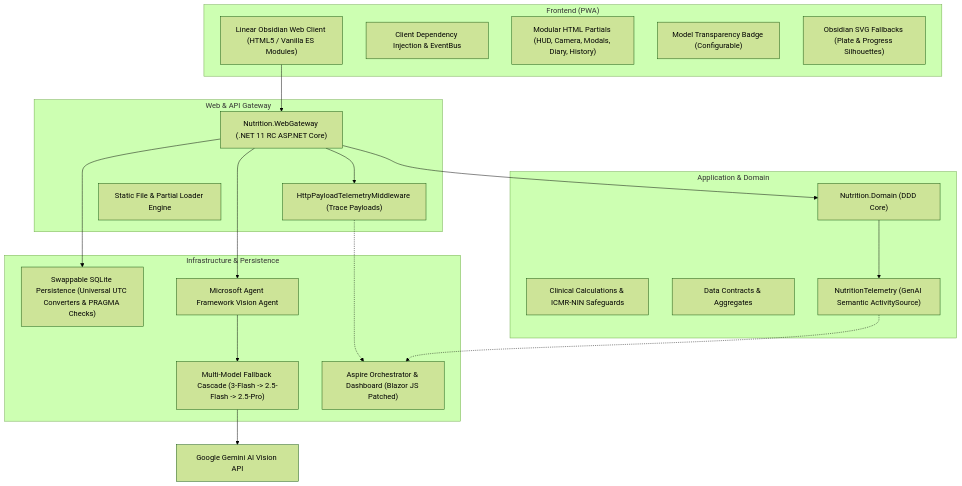
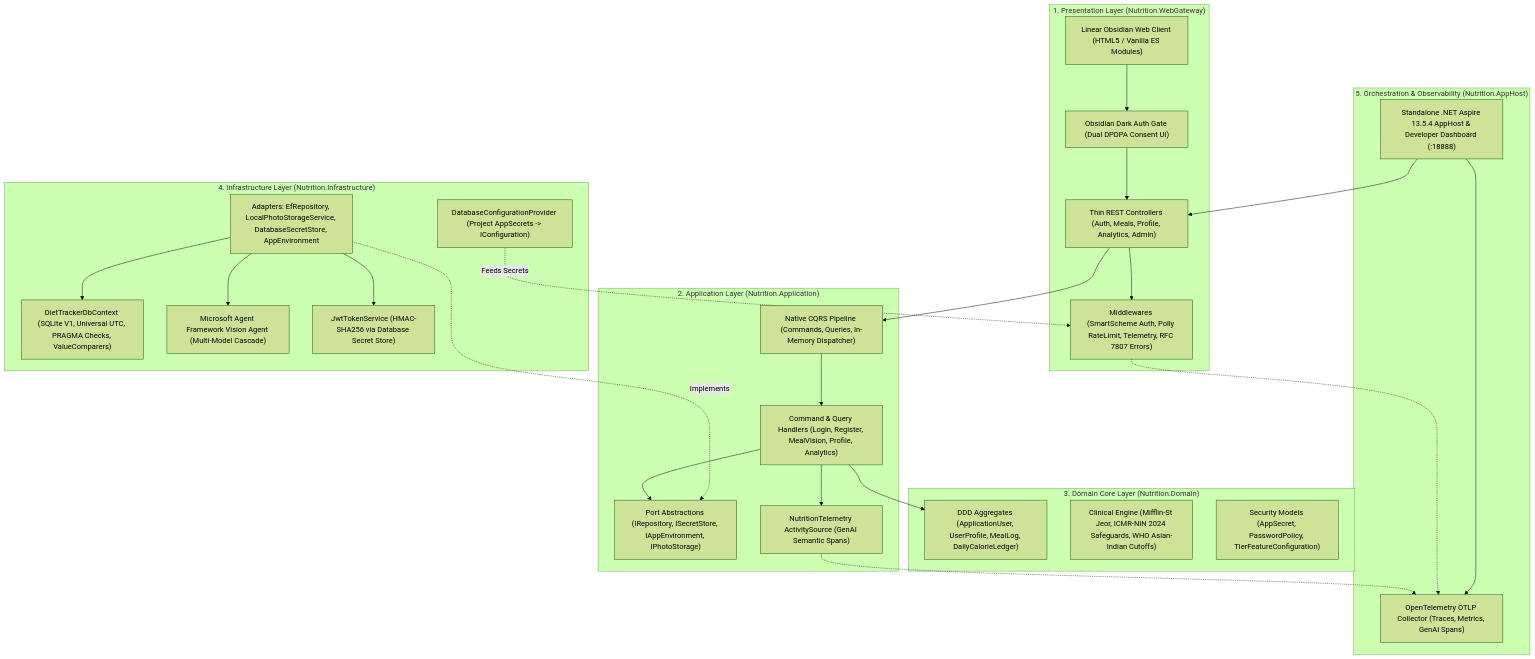
The diagram in README.md (nikunjbanker/diet-dost), drawn with Mermaid (forest theme) before and after one commit. The commit also changed other lines of this file and 8 other files, not shown here.

Commit message:
docs(readme,skills): sync architecture diagrams, sdd, and codify major change auto-detection protocol

````diff
--- a/README.md
+++ b/README.md
@@ -40,41 +45,53 @@
 ```mermaid
 graph TD
-    subgraph Client ["Frontend (PWA)"]
+    subgraph PRESENTATION ["1. Presentation Layer (Nutrition.WebGateway)"]
         UI["Linear Obsidian Web Client (HTML5 / Vanilla ES Modules)"]
-        DI["Client Dependency Injection & EventBus"]
-        Partials["Modular HTML Partials (HUD, Camera, Modals, Diary, History)"]
-        Badge["Model Transparency Badge (Configurable)"]
-        Assets["Obsidian SVG Fallbacks (Plate & Progress Silhouettes)"]
+        Gate["Obsidian Dark Auth Gate (Dual DPDPA Consent UI)"]
+        Controllers["Thin REST Controllers (Auth, Meals, Profile, Analytics, Admin)"]
+        MW["Middlewares (SmartScheme Auth, Polly RateLimit, Telemetry, RFC 7807 Errors)"]
     end
 
-    subgraph Gateway ["Web & API Gateway"]
-        WebGateway["Nutrition.WebGateway (.NET 11 RC ASP.NET Core)"]
-        MW["HttpPayloadTelemetryMiddleware (Trace Payloads)"]
-        StaticFileServer["Static File & Partial Loader Engine"]
+    subgraph APPLICATION ["2. Application Layer (Nutrition.Application)"]
+        CQRS["Native CQRS Pipeline (Commands, Queries, In-Memory Dispatcher)"]
+        Handlers["Command & Query Handlers (Login, Register, MealVision, Profile, Analytics)"]
+        Ports["Port Abstractions (IRepository, ISecretStore, IAppEnvironment, IPhotoStorage)"]
+        TelService["NutritionTelemetry ActivitySource (GenAI Semantic Spans)"]
     end
 
-    subgraph Core ["Application & Domain"]
-        Domain["Nutrition.Domain (DDD Core)"]
-        Clinical["Clinical Calculations & ICMR-NIN Safeguards"]
-        Contracts["Data Contracts & Aggregates"]
-        Telemetry["NutritionTelemetry (GenAI Semantic ActivitySource)"]
+    subgraph DOMAIN ["3. Domain Core Layer (Nutrition.Domain)"]
+        Aggregates["DDD Aggregates (ApplicationUser, UserProfile, MealLog, DailyCalorieLedger)"]
+        ClinicalCalculators["Clinical Engine (Mifflin-St Jeor, ICMR-NIN 2024 Safeguards, WHO Asian-Indian Cutoffs)"]
+        SecModel["Security Models (AppSecret, PasswordPolicy, TierFeatureConfiguration)"]
     end
 
-    subgraph Infra ["Infrastructure & Persistence"]
-        SQLite["Swappable SQLite Persistence (Universal UTC Converters & PRAGMA Checks)"]
-        AgentVision["Microsoft Agent Framework Vision Agent"]
-        Cascade["Multi-Model Fallback Cascade (3-Flash -> 2.5-Flash -> 2.5-Pro)"]
-        Aspire["Aspire Orchestrator & Dashboard (Blazor JS Patched)"]
+    subgraph INFRASTRUCTURE ["4. Infrastructure Layer (Nutrition.Infrastructure)"]
+        Adapters["Adapters: EfRepository, LocalPhotoStorageService, DatabaseSecretStore, AppEnvironment"]
+        ConfigProvider["DatabaseConfigurationProvider (Project AppSecrets -> IConfiguration)"]
+        DbPersistence["DietTrackerDbContext (SQLite V1, Universal UTC, PRAGMA Checks, ValueComparers)"]
+        AgentVision["Microsoft Agent Framework Vision Agent (Multi-Model Cascade)"]
+        TokenService["JwtTokenService (HMAC-SHA256 via Database Secret Store)"]
     end
 
-    UI --> WebGateway
-    WebGateway --> MW
-    WebGateway --> Domain
-    WebGateway --> SQLite
-    WebGateway --> AgentVision
-    AgentVision --> Cascade
-    Cascade --> GoogleGemini["Google Gemini AI Vision API"]
-    Domain --> Telemetry
-    Telemetry -.-> Aspire
-    MW -.-> Aspire
+    subgraph ORCHESTRATION ["5. Orchestration & Observability (Nutrition.AppHost)"]
+        Aspire["Standalone .NET Aspire 13.5.4 AppHost & Developer Dashboard (:18888)"]
+        OTel["OpenTelemetry OTLP Collector (Traces, Metrics, GenAI Spans)"]
+    end
+
+    UI --> Gate
+    Gate --> Controllers
+    Controllers --> MW
+    Controllers --> CQRS
+    CQRS --> Handlers
+    Handlers --> Ports
+    Handlers --> TelService
+    Handlers --> Aggregates
+    Adapters -.->|Implements| Ports
+    ConfigProvider -.->|Feeds Secrets| MW
+    Adapters --> DbPersistence
+    Adapters --> AgentVision
+    Adapters --> TokenService
+    TelService -.-> OTel
+    MW -.-> OTel
+    Aspire --> Controllers
+    Aspire --> OTel
 ```
````
